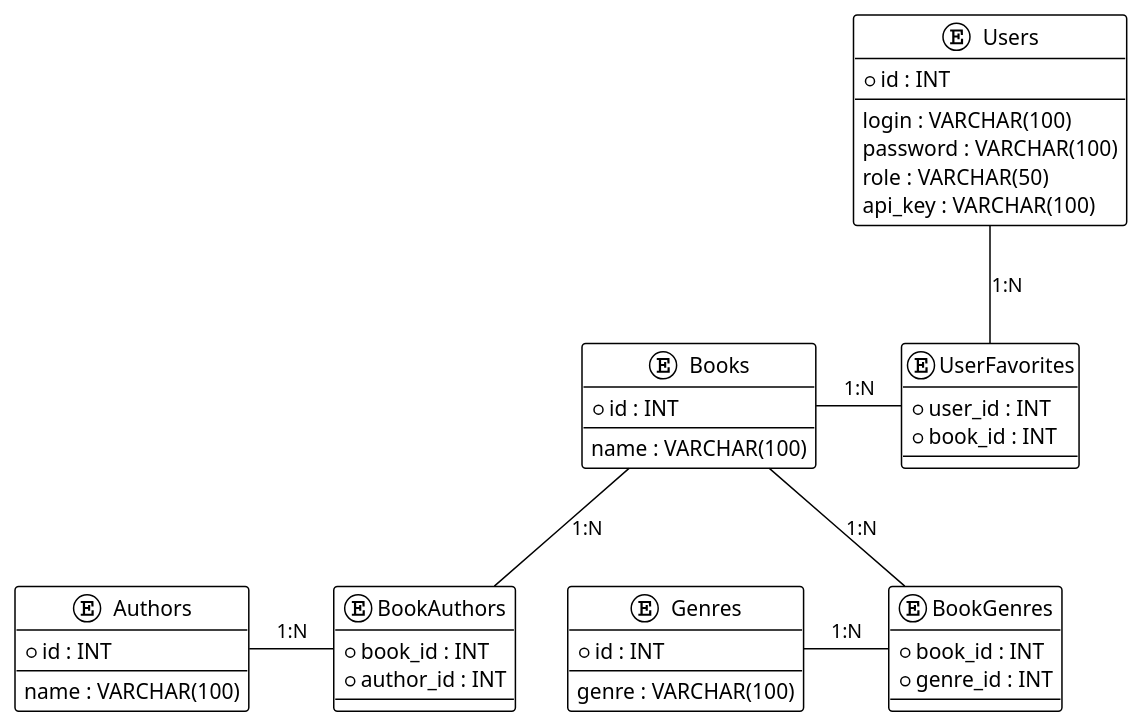
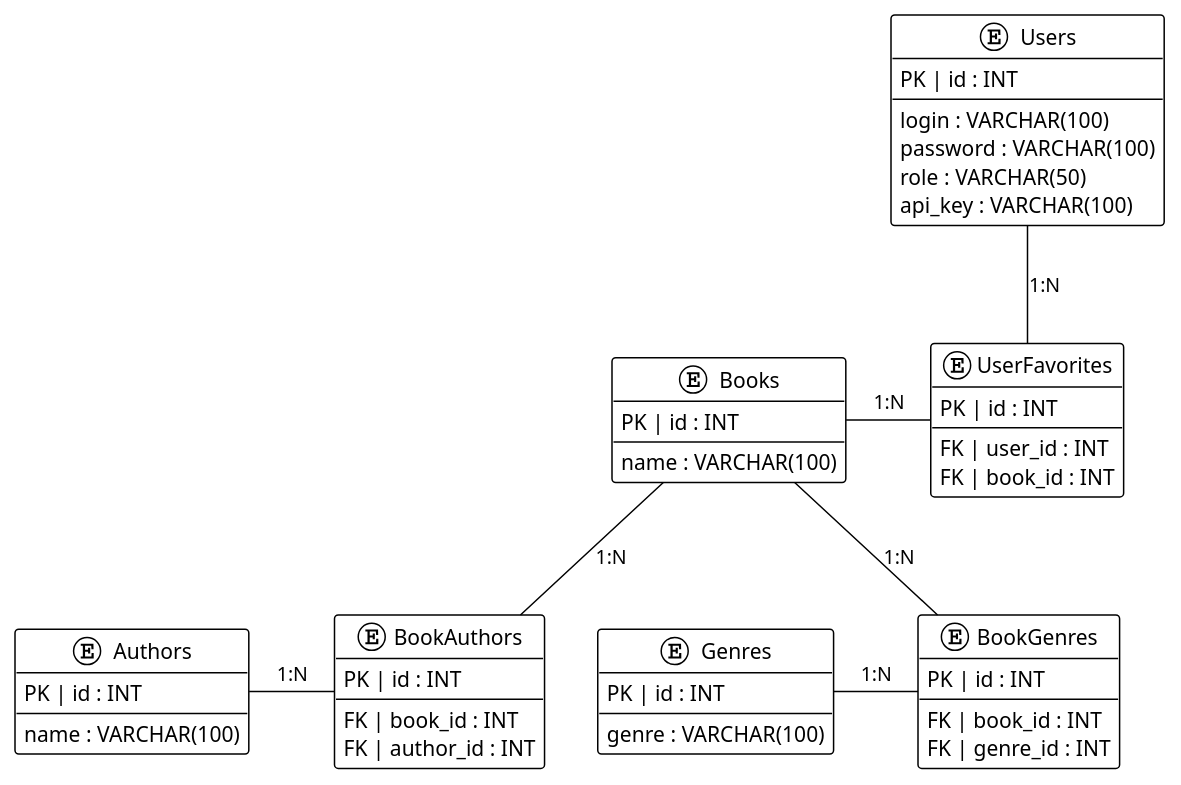
One commit to idSynth/OnlineLibraryAPI changed the diagram in uml/ERDiagram.puml. Above: the diagram before and after it, drawn with PlantUML. The commit also changed 1 other file, not shown here.

Commit message:
Updated Diagrams

```diff
--- a/uml/ERDiagram.puml
+++ b/uml/ERDiagram.puml
@@ -1,51 +1,57 @@
 @startuml
 !theme plain
 entity "Users" as users {
-  + id : INT
+  PK | id : INT
   --
   login : VARCHAR(100)
   password : VARCHAR(100)
   role : VARCHAR(50)
   api_key : VARCHAR(100)
 }
 
 entity "Books" as books {
-  + id : INT
+  PK | id : INT
   --
   name : VARCHAR(100)
 }
 
 entity "Authors" as authors {
-  + id : INT
+  PK | id : INT
   --
   name : VARCHAR(100)
 }
 
 entity "Genres" as genres {
-  + id : INT
+  PK | id : INT
   --
   genre : VARCHAR(100)
 }
 
 entity "BookAuthors" as bookauthors {
-  + book_id : INT
-  + author_id : INT
+  PK | id : INT
+  --
+  FK | book_id : INT
+  FK | author_id : INT
 }
 
 entity "BookGenres" as bookgenres {
-  + book_id : INT
-  + genre_id : INT
+  PK | id : INT
+  --
+  FK | book_id : INT
+  FK | genre_id : INT
 }
 
 entity "UserFavorites" as userfavorites {
-  + user_id : INT
-  + book_id : INT
+  PK | id : INT
+  --
+  FK | user_id : INT
+  FK | book_id : INT
 }
 
 users -- userfavorites : "1:N"
 books - userfavorites : "1:N"
 books -- bookauthors : "1:N"
 authors - bookauthors : "1:N"
 books -- bookgenres : "1:N"
 genres - bookgenres : "1:N"
 @enduml
```
